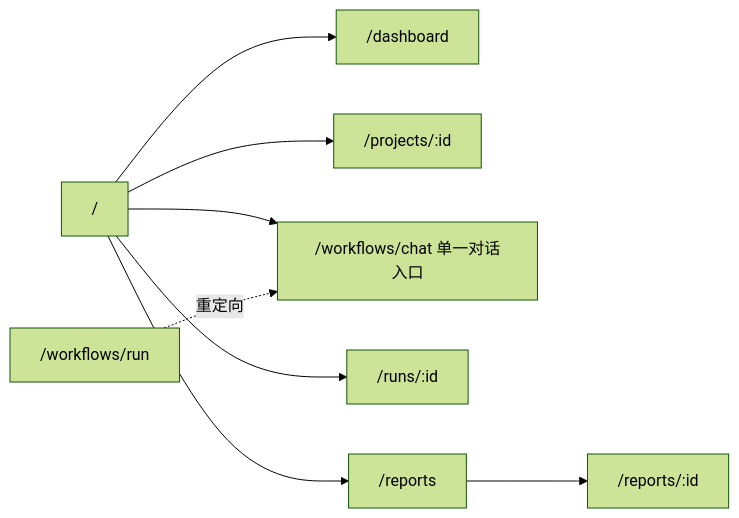
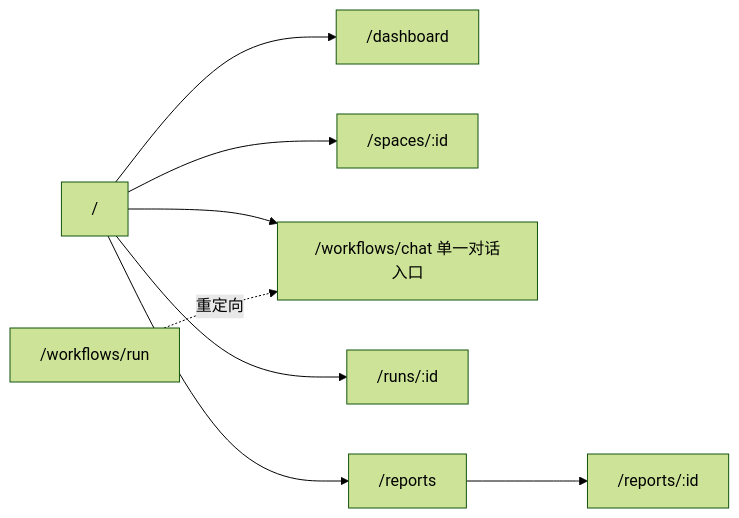
One commit to cmrhyq/LLMTestAgent changed the fifth of 5 diagrams in doc/design/Architecture.md. Above: the diagram before and after it, drawn with Mermaid (forest theme). The commit also changed other lines of this file and 19 other files, not shown here.

````diff
--- a/doc/design/Architecture.md
+++ b/doc/design/Architecture.md
@@ -289,9 +273,9 @@
 ```mermaid
 flowchart LR
   root["/"] --> dash["/dashboard"]
-  root --> proj["/projects/:id"]
+  root --> proj["/spaces/:id"]
   root --> chat["/workflows/chat 单一对话入口"]
   root --> runDetail["/runs/:id"]
   root --> reports["/reports"] --> reportView["/reports/:id"]
   legacyRun["/workflows/run"] -.重定向.-> chat
 ```
````
